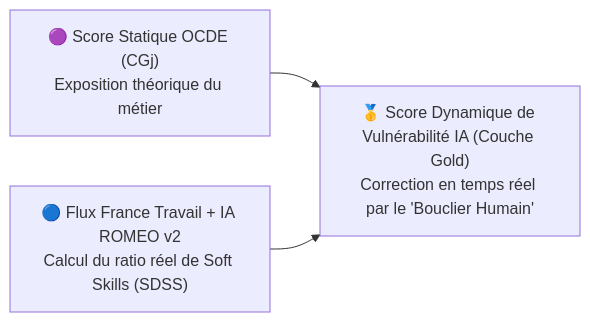
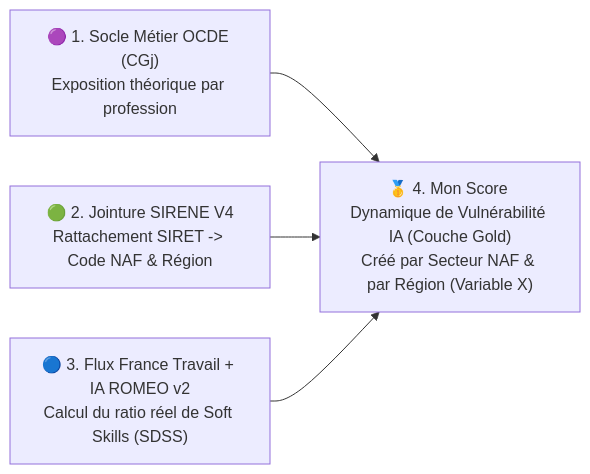
The diagram in docs/lakehouse/05.ecosysteme_ocde_et_rapports_ia.md (Anon31/data-skills-radar-docs), drawn with Mermaid before and after one commit. The commit also changed other lines of this file and 7 other files, not shown here.

````diff
--- a/docs/lakehouse/05.ecosysteme_ocde_et_rapports_ia.md
+++ b/docs/lakehouse/05.ecosysteme_ocde_et_rapports_ia.md
@@ -64,9 +64,9 @@
 ```mermaid
 flowchart LR
-    OCDE["🟣 Score Statique OCDE (CGj)<br/>Exposition théorique du métier"]
-    ROMEO["🔵 Flux France Travail + IA ROMEO v2<br/>Calcul du ratio réel de Soft Skills (SDSS)"]
-    GOLD["🥇 Score Dynamique de Vulnérabilité IA (Couche Gold)<br/>Correction en temps réel par le 'Bouclier Humain'"]
+    OCDE["🟣 1. Socle Métier OCDE (CGj)<br/>Exposition théorique par profession"]
+    SIRENE["🟢 2. Jointure SIRENE V4<br/>Rattachement SIRET -> Code NAF & Région"]
+    ROMEO["🔵 3. Flux France Travail + IA ROMEO v2<br/>Calcul du ratio réel de Soft Skills (SDSS)"]
+    GOLD["🥇 4. Mon Score Dynamique de Vulnérabilité IA (Couche Gold)<br/>Créé par Secteur NAF & par Région (Variable X)"]
 
-    OCDE --> GOLD
-    ROMEO --> GOLD
+    OCDE & SIRENE & ROMEO --> GOLD
 ```
````
